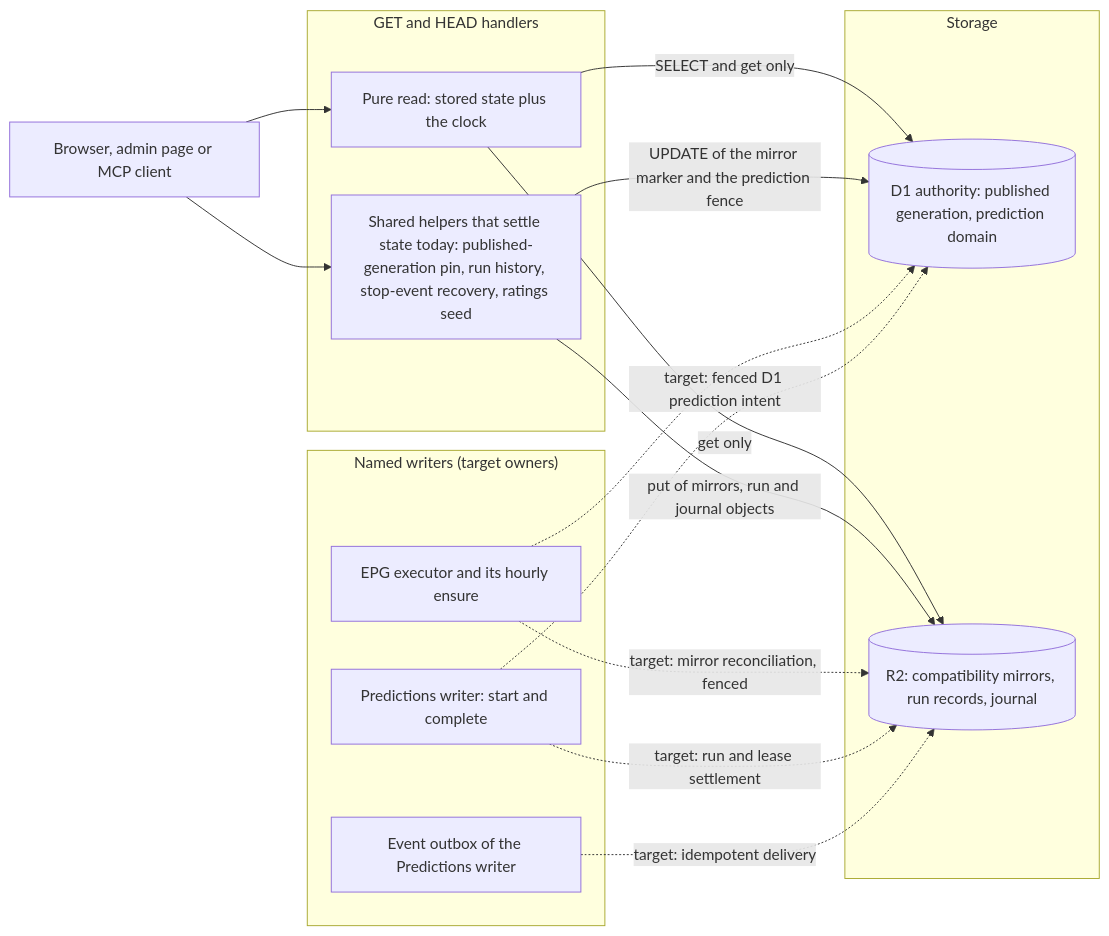
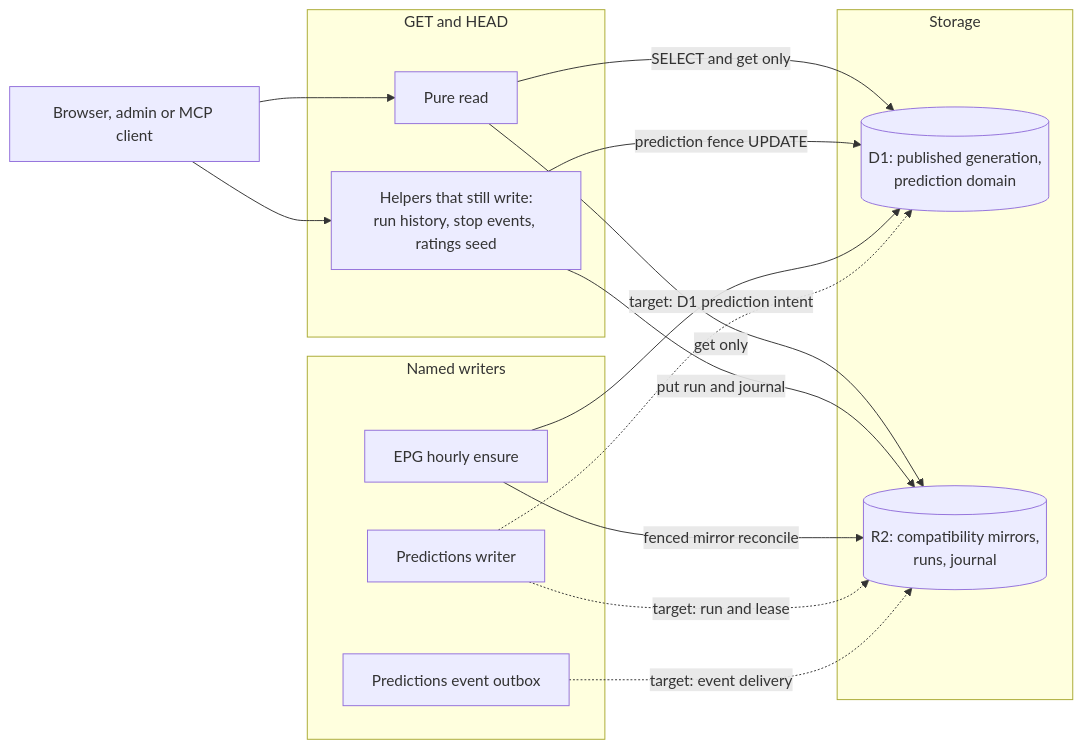
One commit to vladimino/iptv-watchlist changed the diagram in docs/architecture/read-side-effects.md. Above: the diagram before and after it, drawn with Mermaid. The commit also changed other lines of this file and 29 other files, not shown here.

First line of the commit message:
AIR-414: move EPG mirror reconciliation from GET to hourly writer

````diff
--- a/docs/architecture/read-side-effects.md
+++ b/docs/architecture/read-side-effects.md
@@ -5,28 +5,28 @@
 ```mermaid
 flowchart LR
-    client["Browser, admin page or MCP client"]
-    subgraph Read["GET and HEAD handlers"]
-        pure["Pure read: stored state plus the clock"]
-        helper["Shared helpers that settle state today: published-generation pin, run history, stop-event recovery, ratings seed"]
+    client["Browser, admin or MCP client"]
+    subgraph Read["GET and HEAD"]
+        pure["Pure read"]
+        helper["Helpers that still write:<br/>run history, stop events, ratings seed"]
     end
-    subgraph Writers["Named writers (target owners)"]
-        epg["EPG executor and its hourly ensure"]
-        pred["Predictions writer: start and complete"]
-        outbox["Event outbox of the Predictions writer"]
+    subgraph Writers["Named writers"]
+        epg["EPG hourly ensure"]
+        pred["Predictions writer"]
+        outbox["Predictions event outbox"]
     end
     subgraph Storage["Storage"]
-        d1[("D1 authority: published generation, prediction domain")]
-        r2[("R2: compatibility mirrors, run records, journal")]
+        d1[("D1: published generation,<br/>prediction domain")]
+        r2[("R2: compatibility mirrors,<br/>runs, journal")]
     end
     client --> pure
     client --> helper
     pure -->|"SELECT and get only"| d1
     pure -->|"get only"| r2
-    helper -->|"UPDATE of the mirror marker and the prediction fence"| d1
-    helper -->|"put of mirrors, run and journal objects"| r2
-    epg -.->|"target: mirror reconciliation, fenced"| r2
-    epg -.-> d1
-    pred -.->|"target: run and lease settlement"| r2
-    pred -.->|"target: fenced D1 prediction intent"| d1
-    outbox -.->|"target: idempotent delivery"| r2
+    helper -->|"prediction fence UPDATE"| d1
+    helper -->|"put run and journal"| r2
+    epg -->|"fenced mirror reconcile"| r2
+    epg --> d1
+    pred -.->|"target: run and lease"| r2
+    pred -.->|"target: D1 prediction intent"| d1
+    outbox -.->|"target: event delivery"| r2
 ```
````
